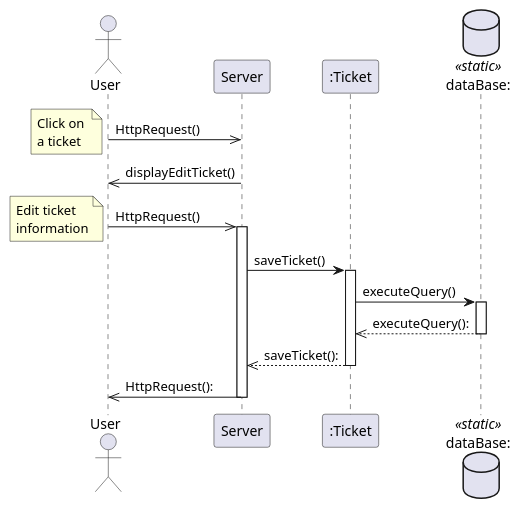
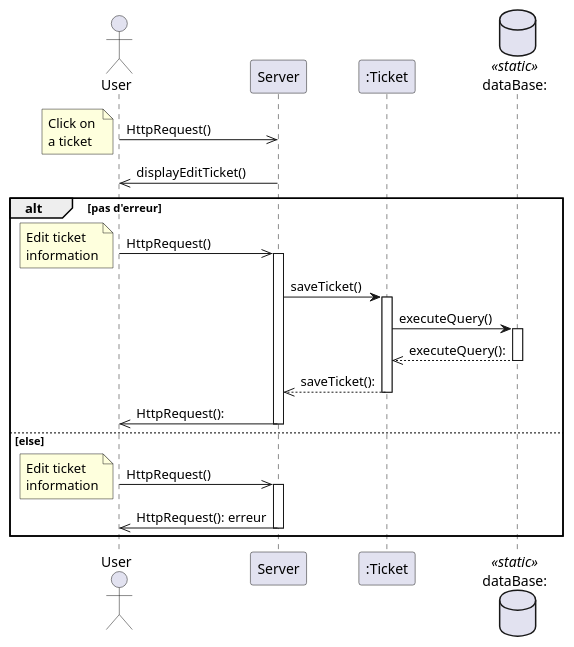
The diagram in docs/UML/editer un ticket.puml (dorianleveque/CoHub), drawn with PlantUML before and after one commit. The commit also changed 4 other files, not shown here.

```diff
--- a/docs/UML/editer un ticket.puml
+++ b/docs/UML/editer un ticket.puml
@@ -1,25 +1,38 @@
 @startuml editer un ticket
 actor client as "User" order 1
 participant server as "Server"   order 2
 participant ticketClass as ":Ticket" order 3
 database bdd as "dataBase:" <<static>> order 4
 
 client ->> server: HttpRequest()
 note left : Click on \na ticket 
 server ->> client: displayEditTicket()
 
-client ->> server: HttpRequest()
-note left: Edit ticket\ninformation
-activate server
-server -> ticketClass: saveTicket()
-activate ticketClass
-ticketClass -> bdd: executeQuery()
-activate bdd
-bdd -->> ticketClass: executeQuery():
-deactivate bdd
-ticketClass -->> server: saveTicket():
-deactivate ticketClass
-server ->> client: HttpRequest():
-deactivate server
+
+alt pas d'erreur
+
+    client ->> server: HttpRequest()
+    note left: Edit ticket\ninformation
+    activate server
+    server -> ticketClass: saveTicket()
+    activate ticketClass
+    ticketClass -> bdd: executeQuery()
+    activate bdd
+    bdd -->> ticketClass: executeQuery():
+    deactivate bdd
+    ticketClass -->> server: saveTicket():
+    deactivate ticketClass
+    server ->> client: HttpRequest():
+    deactivate server
+
+else else
+
+    client ->> server: HttpRequest()
+    note left: Edit ticket\ninformation
+    activate server
+    server ->> client: HttpRequest(): erreur
+    deactivate server
+    
+end
 
 @enduml
```
